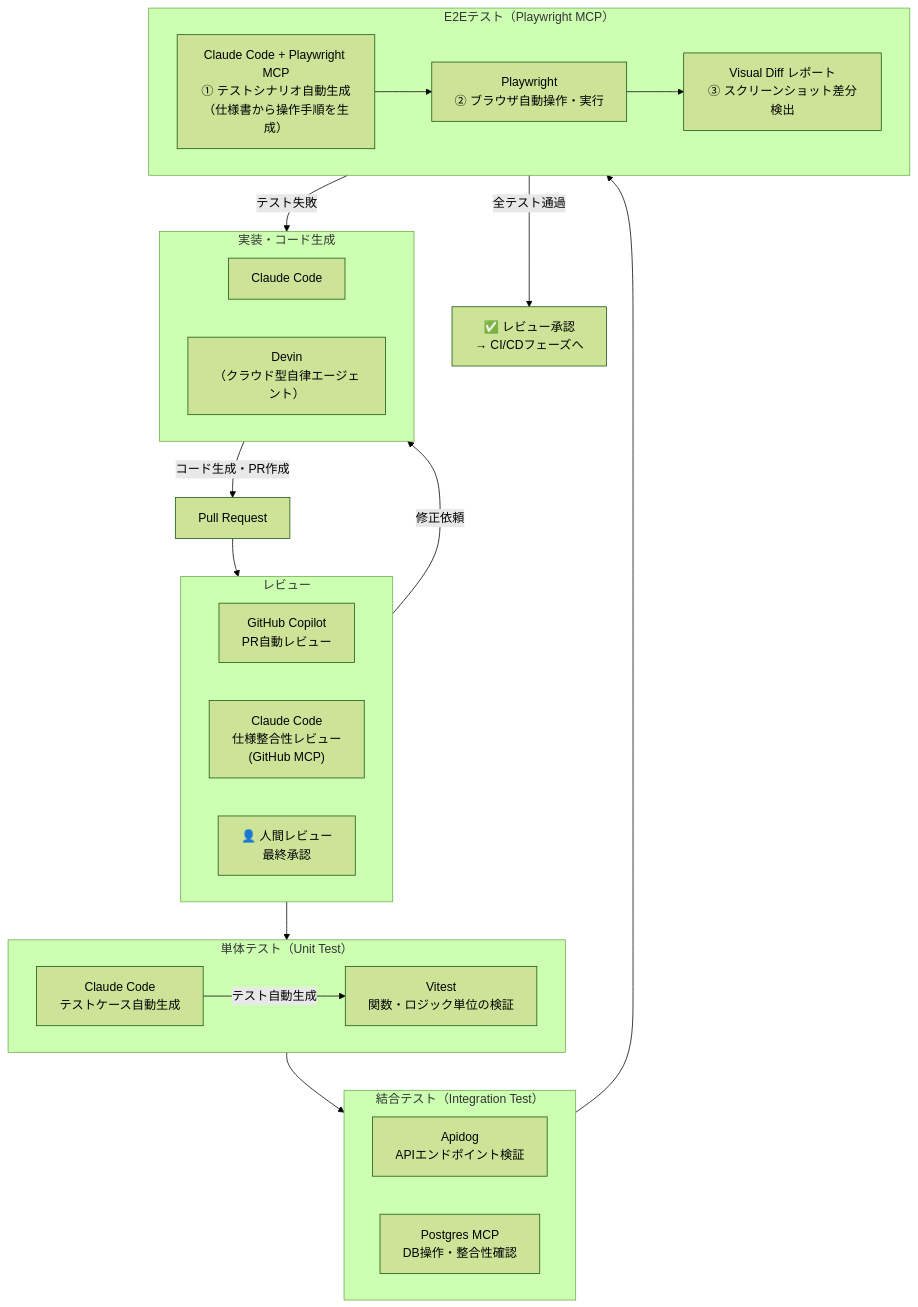
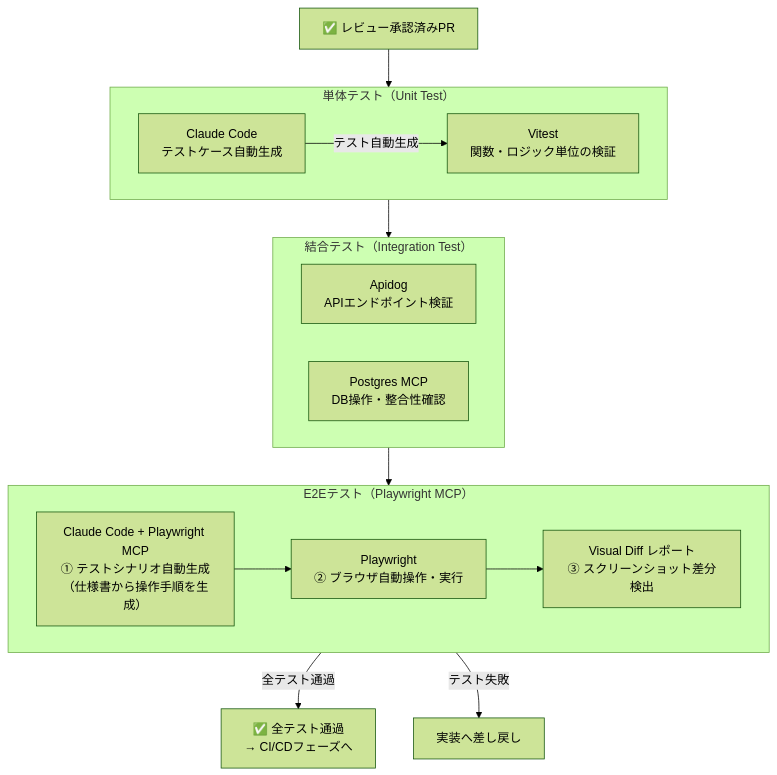
One commit to takuma39/ai changed diagram 17 of 44 in AI駆動開発.md. Above: the diagram before and after it, drawn with Mermaid (forest theme). The commit also changed other lines of this file, not shown here.

````diff
--- a/AI駆動開発.md
+++ b/AI駆動開発.md
@@ -569,46 +606,32 @@
 ```mermaid
 graph TD
-    PR["Pull Request"]
-
-    subgraph impl["実装・コード生成"]
-        CC["Claude Code"]
-        Devin["Devin<br/>（クラウド型自律エージェント）"]
-    end
-
-    subgraph review["レビュー"]
-        Copilot["GitHub Copilot<br/>PR自動レビュー"]
-        ClaudeRev["Claude Code<br/>仕様整合性レビュー<br/>(GitHub MCP)"]
-        Human["👤 人間レビュー<br/>最終承認"]
-    end
+    Approved["✅ レビュー承認済みPR"]
 
     subgraph unit_test["単体テスト（Unit Test）"]
         Vitest["Vitest<br/>関数・ロジック単位の検証"]
         ClaudeUnit["Claude Code<br/>テストケース自動生成"]
     end
 
     subgraph integration_test["結合テスト（Integration Test）"]
         APITest["Apidog<br/>APIエンドポイント検証"]
         DBTest["Postgres MCP<br/>DB操作・整合性確認"]
     end
 
     subgraph e2e_test["E2Eテスト（Playwright MCP）"]
         PW_Gen["Claude Code + Playwright MCP<br/>① テストシナリオ自動生成<br/>（仕様書から操作手順を生成）"]
         PW_Run["Playwright<br/>② ブラウザ自動操作・実行"]
         PW_Report["Visual Diff レポート<br/>③ スクリーンショット差分検出"]
     end
 
-    Approved["✅ レビュー承認<br/>→ CI/CDフェーズへ"]
+    Pass["✅ 全テスト通過<br/>→ CI/CDフェーズへ"]
+    FixImpl["実装へ差し戻し"]
 
-    PR --> review
-    impl -->|"コード生成・PR作成"| PR
-    review --> unit_test
+    Approved --> unit_test
+    ClaudeUnit -->|"テスト自動生成"| Vitest
     unit_test --> integration_test
     integration_test --> e2e_test
-
-    ClaudeUnit -->|"テスト自動生成"| Vitest
     PW_Gen --> PW_Run --> PW_Report
 
-    e2e_test -->|"全テスト通過"| Approved
-    e2e_test -->|"テスト失敗"| impl
-    review -->|"修正依頼"| impl
+    e2e_test -->|"全テスト通過"| Pass
+    e2e_test -->|"テスト失敗"| FixImpl
 ```
````
